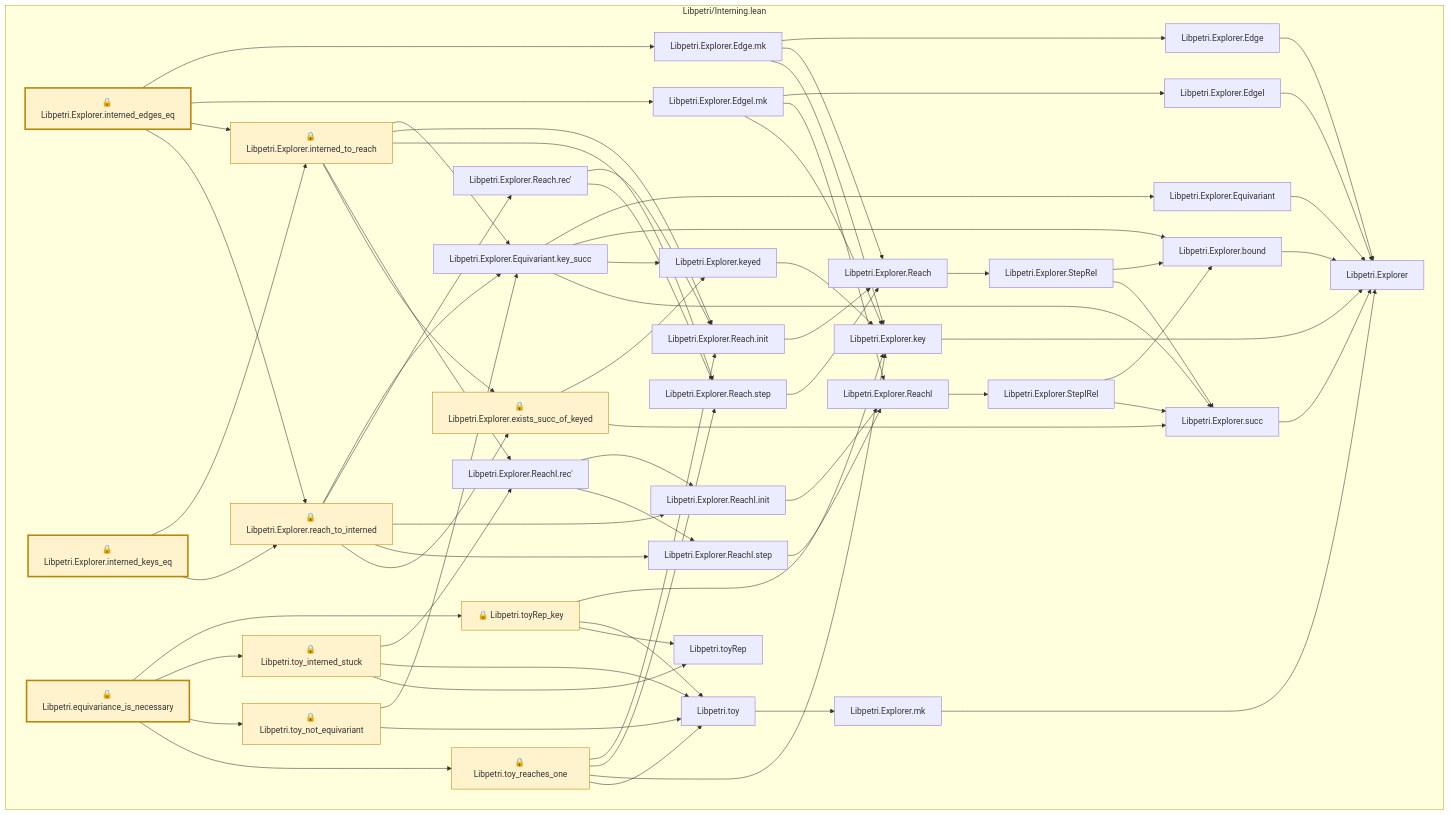
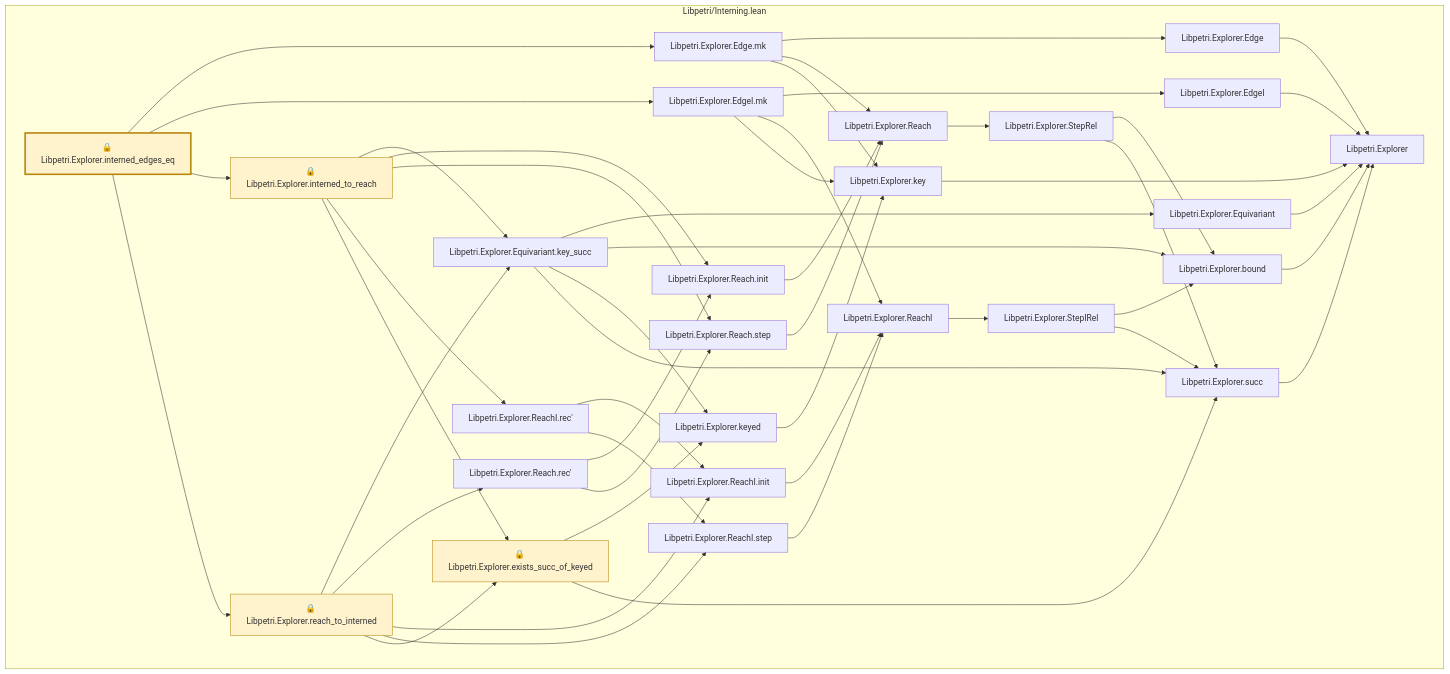
One commit to debe/libpetri changed the first of 10 diagrams in lean/graph/requirements/VER-012.md. Above: the diagram before and after it, drawn with Mermaid. The commit also changed other lines of this file and 329 other files, not shown here.

````diff
--- a/lean/graph/requirements/VER-012.md
+++ b/lean/graph/requirements/VER-012.md
@@ -31,20 +44,11 @@
     n56["Libpetri.Explorer.bound"]
     n57["🔒 Libpetri.Explorer.exists_succ_of_keyed"]
     n58["🔒 Libpetri.Explorer.interned_edges_eq"]
-    n59["🔒 Libpetri.Explorer.interned_keys_eq"]
     n60["🔒 Libpetri.Explorer.interned_to_reach"]
     n61["Libpetri.Explorer.key"]
     n62["Libpetri.Explorer.keyed"]
-    n63["Libpetri.Explorer.mk"]
     n64["🔒 Libpetri.Explorer.reach_to_interned"]
     n65["Libpetri.Explorer.succ"]
-    n13266["🔒 Libpetri.equivariance_is_necessary"]
-    n13469["Libpetri.toy"]
-    n13470["Libpetri.toyRep"]
-    n13471["🔒 Libpetri.toyRep_key"]
-    n13472["🔒 Libpetri.toy_interned_stuck"]
-    n13473["🔒 Libpetri.toy_not_equivariant"]
-    n13474["🔒 Libpetri.toy_reaches_one"]
   end
   n39 --> n38
   n40 --> n39
@@ -80,8 +84,6 @@
   n58 --> n42
   n58 --> n60
   n58 --> n64
-  n59 --> n60
-  n59 --> n64
   n60 --> n44
   n60 --> n47
   n60 --> n49
@@ -89,33 +91,15 @@
   n60 --> n57
   n61 --> n38
   n62 --> n61
-  n63 --> n38
   n64 --> n44
   n64 --> n48
   n64 --> n51
   n64 --> n53
   n64 --> n57
   n65 --> n38
-  n13266 --> n13471
-  n13266 --> n13472
-  n13266 --> n13473
-  n13266 --> n13474
-  n13469 --> n63
-  n13471 --> n61
-  n13471 --> n13469
-  n13471 --> n13470
-  n13472 --> n52
-  n13472 --> n13469
-  n13472 --> n13470
-  n13473 --> n44
-  n13473 --> n13469
-  n13474 --> n47
-  n13474 --> n49
-  n13474 --> n61
-  n13474 --> n13469
   classDef root stroke-width:3px
   classDef locked fill:#fff3cd,stroke:#b8860b
   classDef collapsed fill:#eeeeee,stroke-dasharray:4 4
-  class n58,n59,n13266 root
-  class n57,n58,n59,n60,n64,n13266,n13471,n13472,n13473,n13474 locked
+  class n58 root
+  class n57,n58,n60,n64 locked
 ```
````
